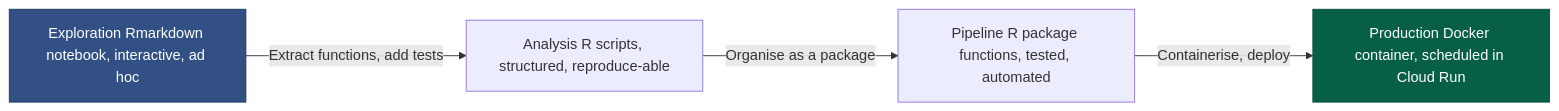
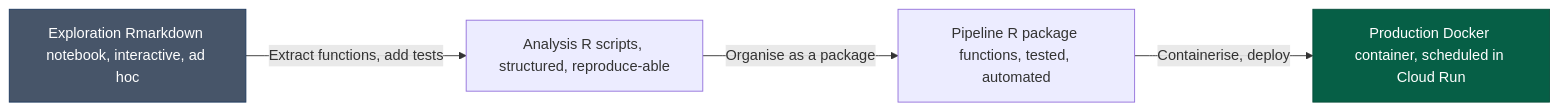
One commit to Ch3w3y/docker_gcp changed the second of 4 diagrams in docs/code-organisation.md. Above: the diagram before and after it, drawn with Mermaid. The commit also changed 12 other files, not shown here.

````diff
--- a/docs/code-organisation.md
+++ b/docs/code-organisation.md
@@ -57,13 +57,13 @@
 ```mermaid
 flowchart LR
     E["Exploration Rmarkdown notebook, interactive, ad hoc"]
     A["Analysis R scripts, structured, reproduce-able"]
     P["Pipeline R package functions, tested, automated"]
     PR["Production Docker container, scheduled in Cloud Run"]
 
     E -->|"Extract functions, add tests"| A
     A -->|"Organise as a package"| P
     P -->|"Containerise, deploy"| PR
-    style E fill:#325083,stroke:#1e3a5f,color:#ffffff
+    style E fill:#475569,stroke:#1e3a5f,color:#ffffff
     style PR fill:#065f46,stroke:#064e3b,color:#ffffff
 ```
````
